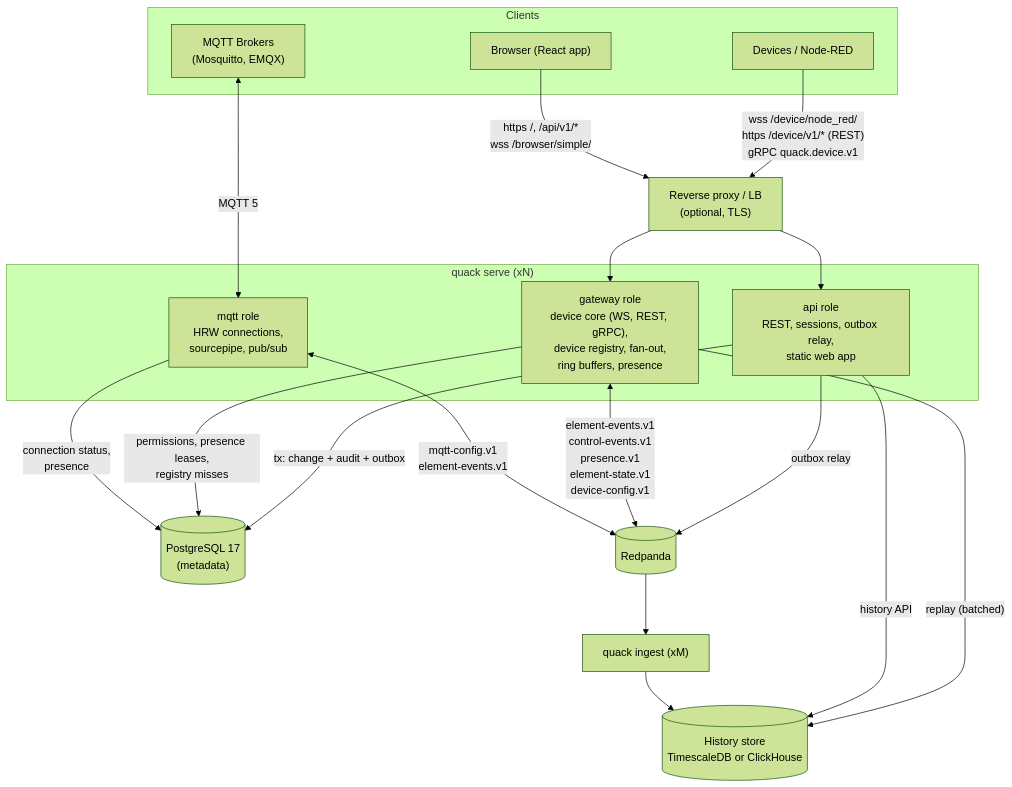
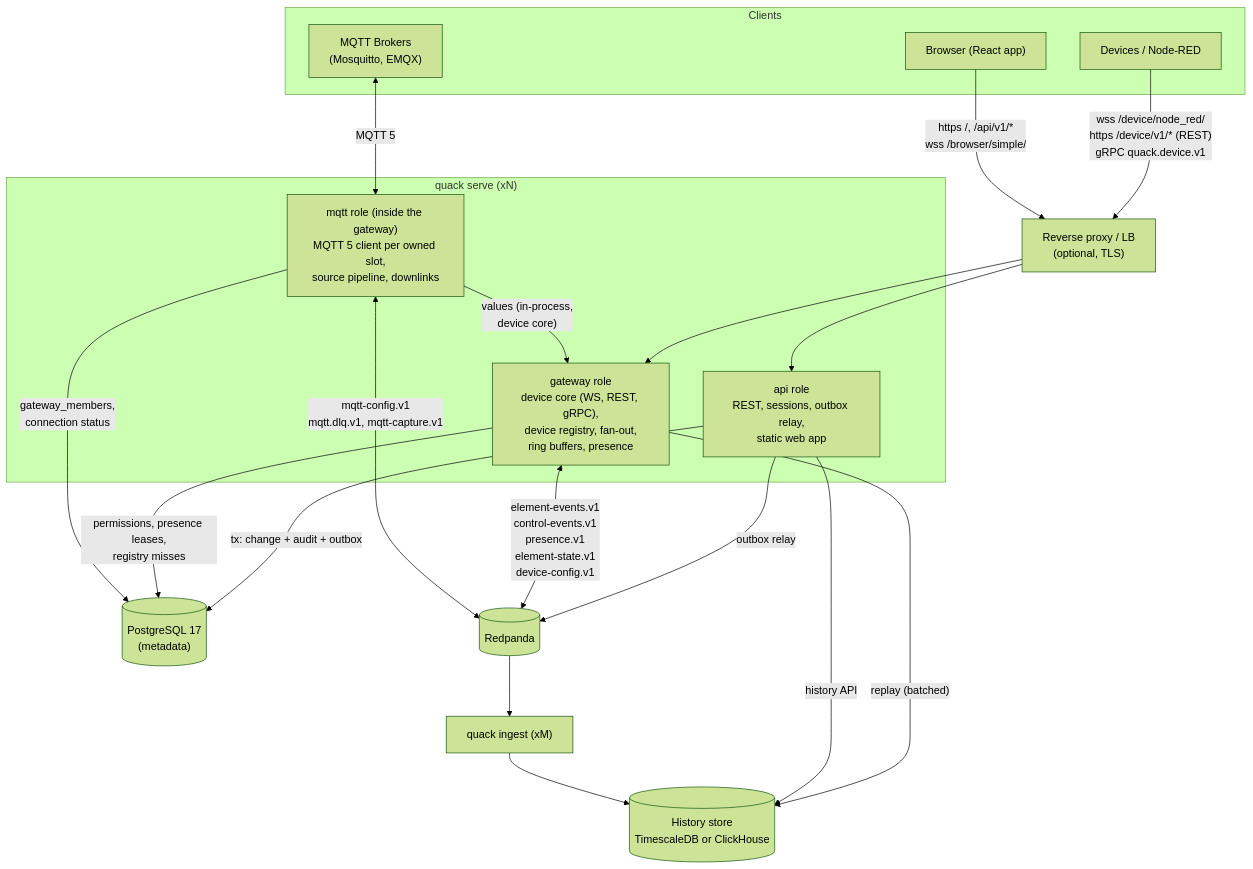
Before and after one commit to taha2samy-3/qauk-qauk: the first of 7 diagrams in docs/02_architecture.md, drawn with Mermaid (forest theme). The commit also changed other lines of this file and 11 other files, not shown here.

Commit message:
feat: update MQTT adapter implementation plan, core concepts, and documentation

````diff
--- a/docs/02_architecture.md
+++ b/docs/02_architecture.md
@@ -5,29 +5,30 @@
 ```mermaid
 flowchart TB
   subgraph Clients
     D["Devices / Node-RED"]
     B["Browser (React app)"]
     MB["MQTT Brokers<br/>(Mosquitto, EMQX)"]
   end
   P["Reverse proxy / LB<br/>(optional, TLS)"]
   D -- "wss /device/node_red/<br/>https /device/v1/* (REST)<br/>gRPC quack.device.v1" --> P
   B -- "https /, /api/v1/*<br/>wss /browser/simple/" --> P
   subgraph S["quack serve (xN)"]
     API["api role<br/>REST, sessions, outbox relay,<br/>static web app"]
     GW["gateway role<br/>device core (WS, REST, gRPC),<br/>device registry, fan-out,<br/>ring buffers, presence"]
-    MQ["mqtt role<br/>HRW connections,<br/>sourcepipe, pub/sub"]
+    MQ["mqtt role (inside the gateway)<br/>MQTT 5 client per owned slot,<br/>source pipeline, downlinks"]
   end
   P --> API
   P --> GW
   MB <--"MQTT 5"--> MQ
   API -- "tx: change + audit + outbox" --> PG[("PostgreSQL 17<br/>(metadata)")]
   API -- "outbox relay" --> RP[("Redpanda")]
   GW <-- "element-events.v1<br/>control-events.v1<br/>presence.v1<br/>element-state.v1<br/>device-config.v1" --> RP
-  MQ <-- "mqtt-config.v1<br/>element-events.v1" --> RP
+  MQ -- "values (in-process,<br/>device core)" --> GW
+  MQ <-- "mqtt-config.v1<br/>mqtt.dlq.v1, mqtt-capture.v1" --> RP
   GW -- "permissions, presence leases,<br/>registry misses" --> PG
-  MQ -- "connection status,<br/>presence" --> PG
+  MQ -- "gateway_members,<br/>connection status" --> PG
   GW -- "replay (batched)" --> H
   API -- "history API" --> H
   RP --> IN["quack ingest (xM)"]
   IN --> H[("History store<br/>TimescaleDB or ClickHouse")]
 ```
````
